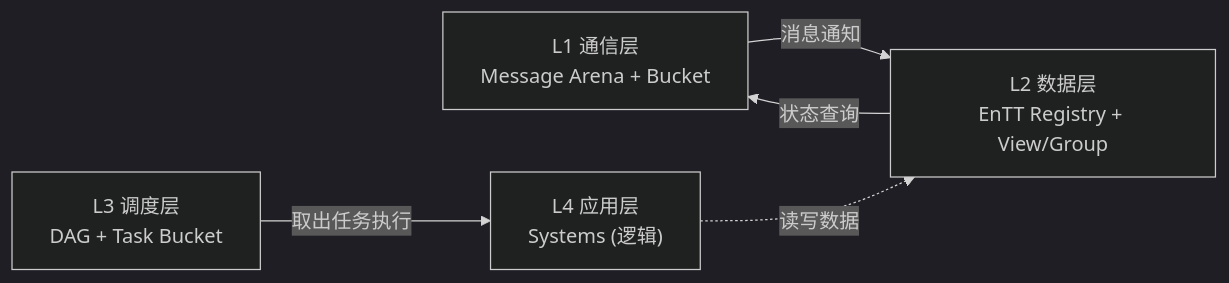
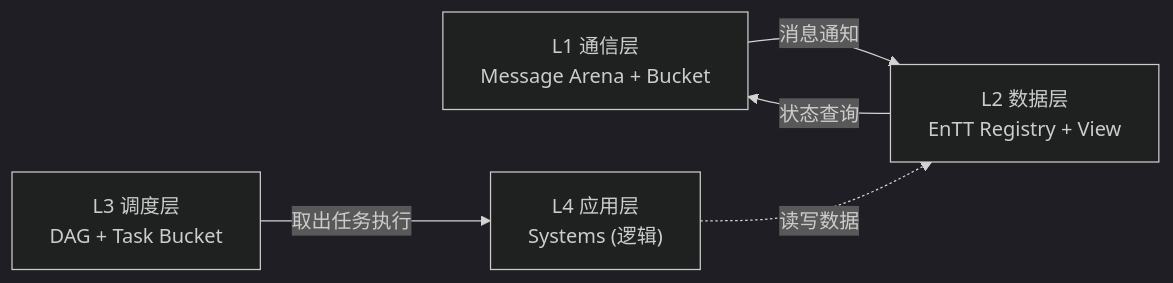
The diagram in src/posts/DX12Engine/EventSystem/Data layer.md (Gunxzq/blog), drawn with Mermaid (dark theme) before and after one commit. The commit also changed other lines of this file and 5 other files, not shown here.

````diff
--- a/src/posts/DX12Engine/EventSystem/Data layer.md
+++ b/src/posts/DX12Engine/EventSystem/Data layer.md
@@ -23,11 +23,12 @@
 ```mermaid
 graph LR
     L1["L1 通信层<br/>Message Arena + Bucket"]
-    L2["L2 数据层<br/>EnTT Registry + View/Group"]
+    L2["L2 数据层<br/>EnTT Registry + View"]
     L3["L3 调度层<br/>DAG + Task Bucket"]
+    L4["L4 应用层<br/>Systems (逻辑)"]
 
     L1 -->|"消息通知"| L2
     L2 -->|"状态查询"| L1
     L3 -->|"取出任务执行"| L4
-    L4["L4 应用层<br/>Systems (逻辑)"] -.->|"读写数据"| L2
+    L4 -.->|"读写数据"| L2
 ```
````
